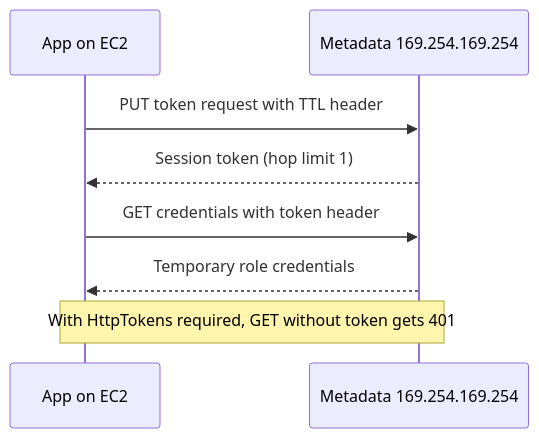
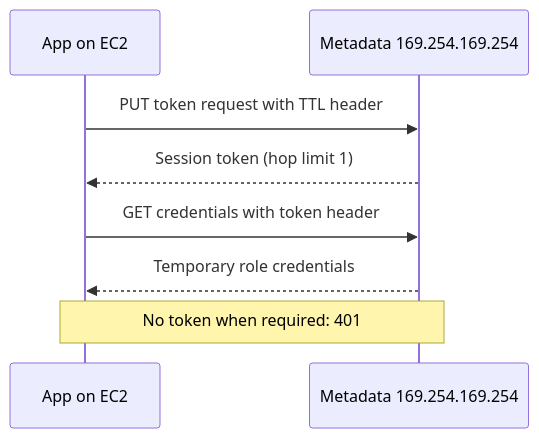
One commit to malacacalex/CEH_Revision_App changed the second of 3 diagrams in content/modules/m19/notes.md. Above: the diagram before and after it, drawn with Mermaid. The commit also changed 1 other file, not shown here.

Commit message:
content: shorten M19 IMDS note, defer M15
The sequence-diagram note overflowed its box. M15 was blocked while writing
its research; recorded in research/deferred.md.

````diff
--- a/content/modules/m19/notes.md
+++ b/content/modules/m19/notes.md
@@ -143,10 +143,10 @@
 ```mermaid
 sequenceDiagram
   participant App as App on EC2
   participant IMDS as Metadata 169.254.169.254
   App->>IMDS: PUT token request with TTL header
   IMDS-->>App: Session token (hop limit 1)
   App->>IMDS: GET credentials with token header
   IMDS-->>App: Temporary role credentials
-  Note over App,IMDS: With HttpTokens required, GET without token gets 401
+  Note over App,IMDS: No token when required: 401
 ```
````
